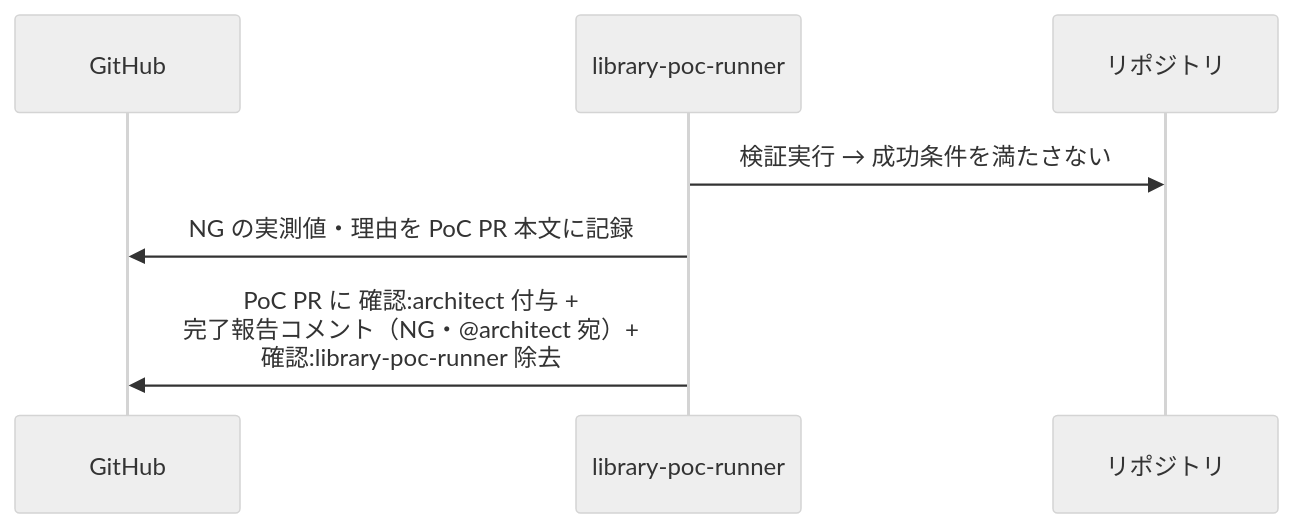
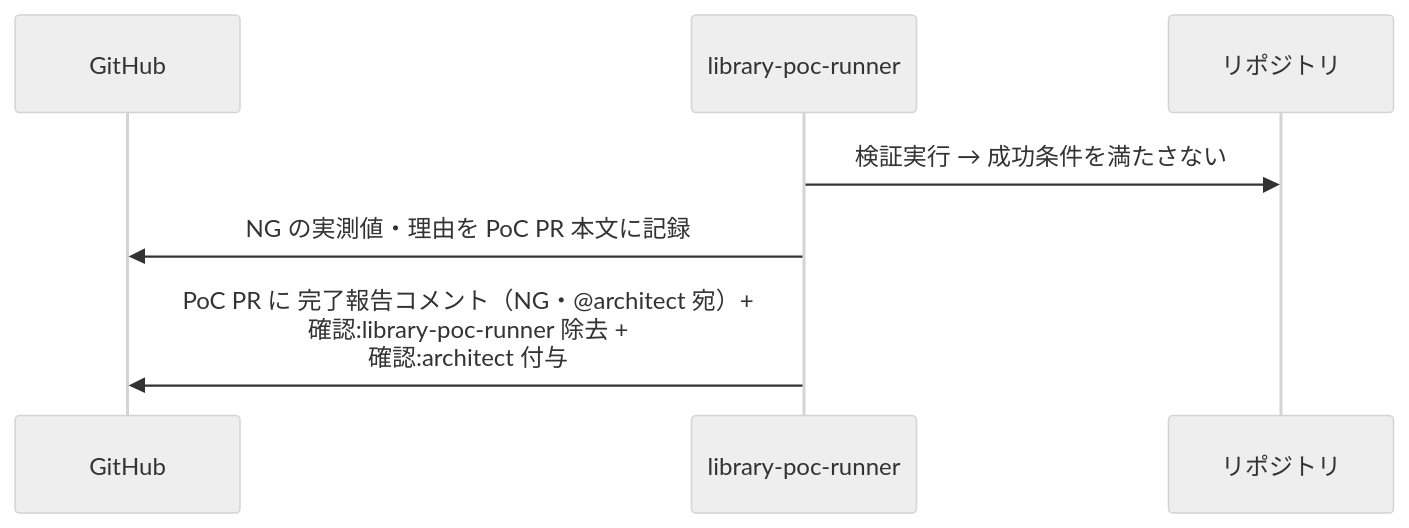
The third of 3 diagrams in docs/wiki/設計図/シナリオ/単一ユースケース/ライブラリPoC検証.md (shuhei1101/ai-monitor), drawn with Mermaid (neutral theme) before and after one commit. The commit also changed other lines of this file and 29 other files, not shown here.

````diff
--- a/docs/wiki/設計図/シナリオ/単一ユースケース/ライブラリPoC検証.md
+++ b/docs/wiki/設計図/シナリオ/単一ユースケース/ライブラリPoC検証.md
@@ -108,10 +108,10 @@
 ```mermaid
 sequenceDiagram
   participant GH as GitHub
   participant MON as library-poc-runner
   participant REPO as リポジトリ
 
   MON->>REPO: 検証実行 → 成功条件を満たさない
   MON->>GH: NG の実測値・理由を PoC PR 本文に記録
-  MON->>GH: PoC PR に 確認:architect 付与 +<br>完了報告コメント（NG・@architect 宛）+<br>確認:library-poc-runner 除去
+  MON->>GH: PoC PR に 完了報告コメント（NG・@architect 宛）+<br>確認:library-poc-runner 除去 +<br>確認:architect 付与
 ```
````
